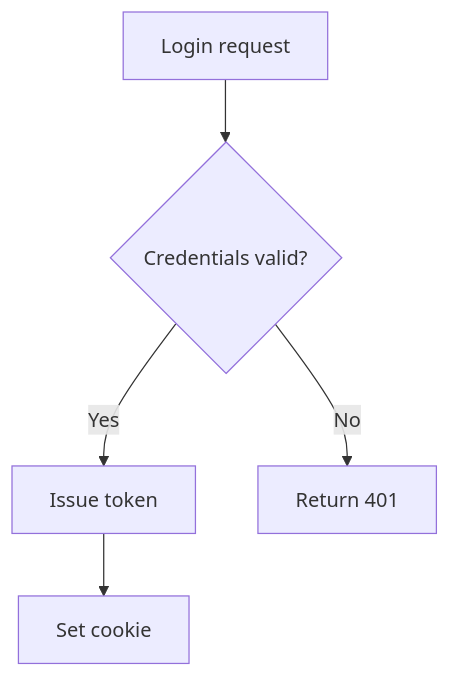
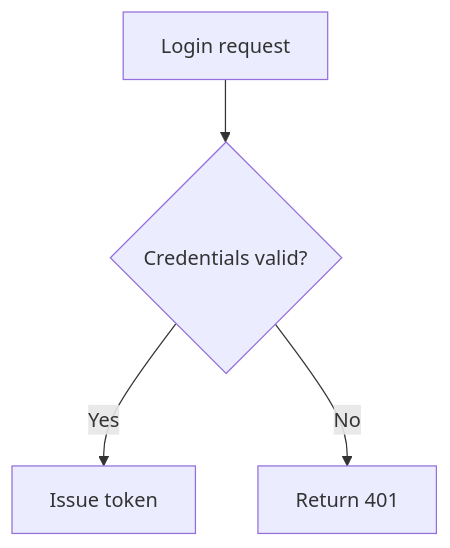
One commit to artem-from-ua/claude-plugins changed the second of 7 diagrams in plugins/mermaid/skills/mermaid-diagram-guide/SKILL.md. Above: the diagram before and after it, drawn with Mermaid. The commit also changed other lines of this file and 3 other files, not shown here.

````diff
--- a/plugins/mermaid/skills/mermaid-diagram-guide/SKILL.md
+++ b/plugins/mermaid/skills/mermaid-diagram-guide/SKILL.md
@@ -55,8 +157,7 @@
 ```mermaid
-%% Title: Login decision flow
 flowchart TD
+    accTitle: Login decision
     A[Login request] --> B{Credentials valid?}
     B -->|Yes| C[Issue token]
     B -->|No| D[Return 401]
-    C --> E[Set cookie]
 ```
````
